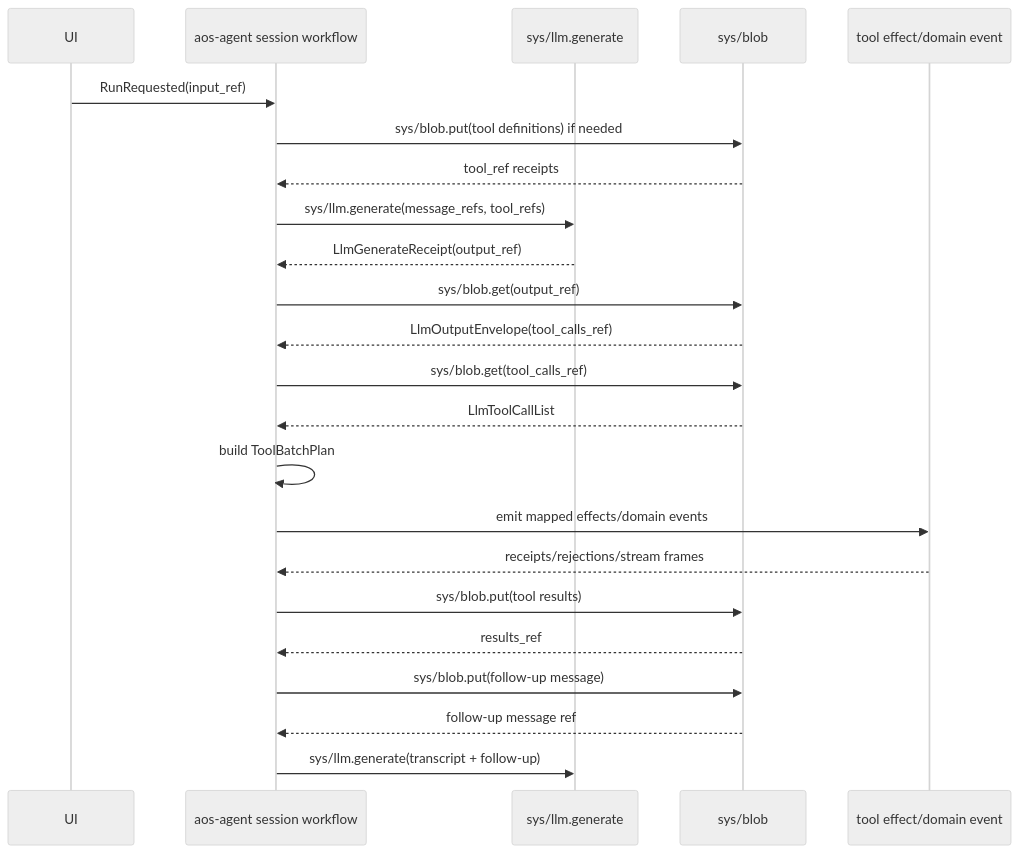
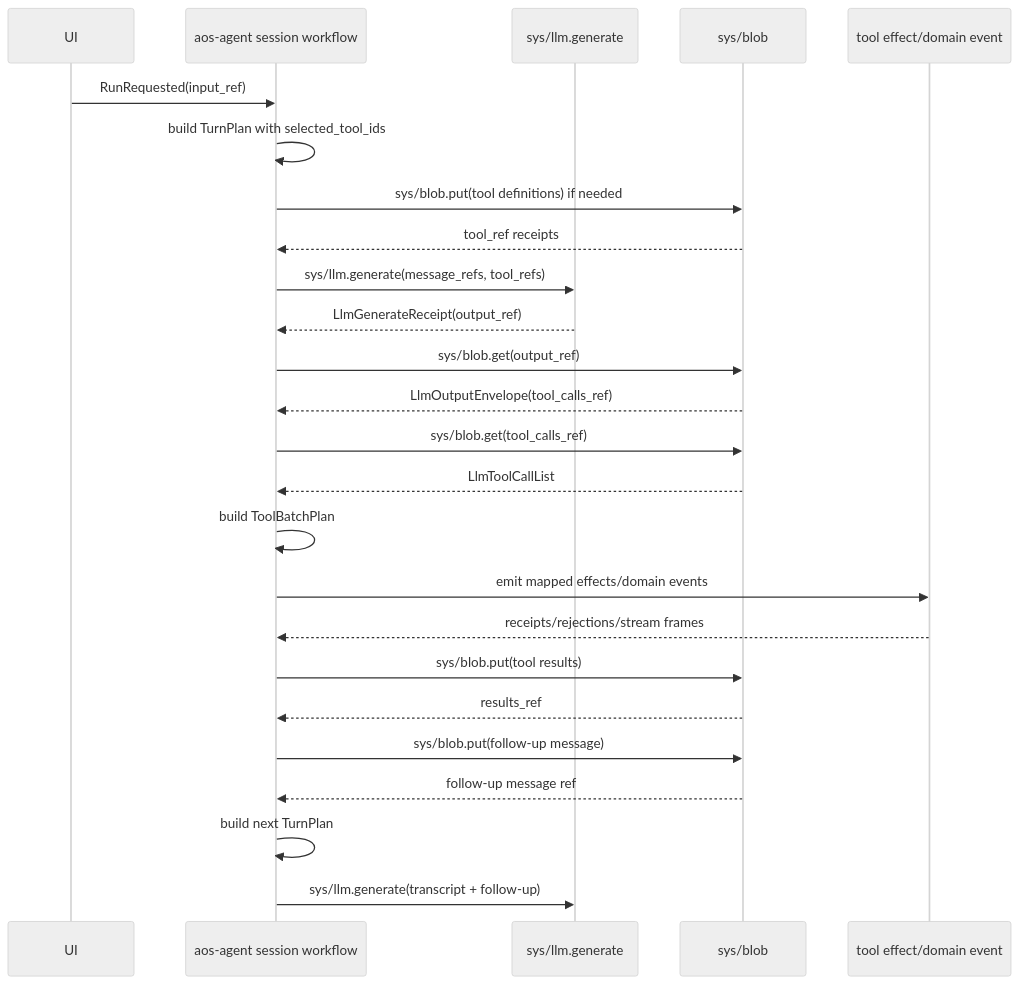
One commit to smartcomputer-ai/agent-os changed diagram 19 of 22 in roadmap/v0.30-agent/visual-guide.md. Above: the diagram before and after it, drawn with Mermaid (neutral theme). The commit also changed other lines of this file, not shown here.

````diff
--- a/roadmap/v0.30-agent/visual-guide.md
+++ b/roadmap/v0.30-agent/visual-guide.md
@@ -1447,26 +1510,28 @@
 ```mermaid
 sequenceDiagram
   participant UI
   participant Agent as aos-agent session workflow
   participant LLM as sys/llm.generate
   participant Blob as sys/blob
   participant Tool as tool effect/domain event
 
   UI->>Agent: RunRequested(input_ref)
+  Agent->>Agent: build TurnPlan with selected_tool_ids
   Agent->>Blob: sys/blob.put(tool definitions) if needed
   Blob-->>Agent: tool_ref receipts
   Agent->>LLM: sys/llm.generate(message_refs, tool_refs)
   LLM-->>Agent: LlmGenerateReceipt(output_ref)
   Agent->>Blob: sys/blob.get(output_ref)
   Blob-->>Agent: LlmOutputEnvelope(tool_calls_ref)
   Agent->>Blob: sys/blob.get(tool_calls_ref)
   Blob-->>Agent: LlmToolCallList
   Agent->>Agent: build ToolBatchPlan
   Agent->>Tool: emit mapped effects/domain events
   Tool-->>Agent: receipts/rejections/stream frames
   Agent->>Blob: sys/blob.put(tool results)
   Blob-->>Agent: results_ref
   Agent->>Blob: sys/blob.put(follow-up message)
   Blob-->>Agent: follow-up message ref
+  Agent->>Agent: build next TurnPlan
   Agent->>LLM: sys/llm.generate(transcript + follow-up)
 ```
````
